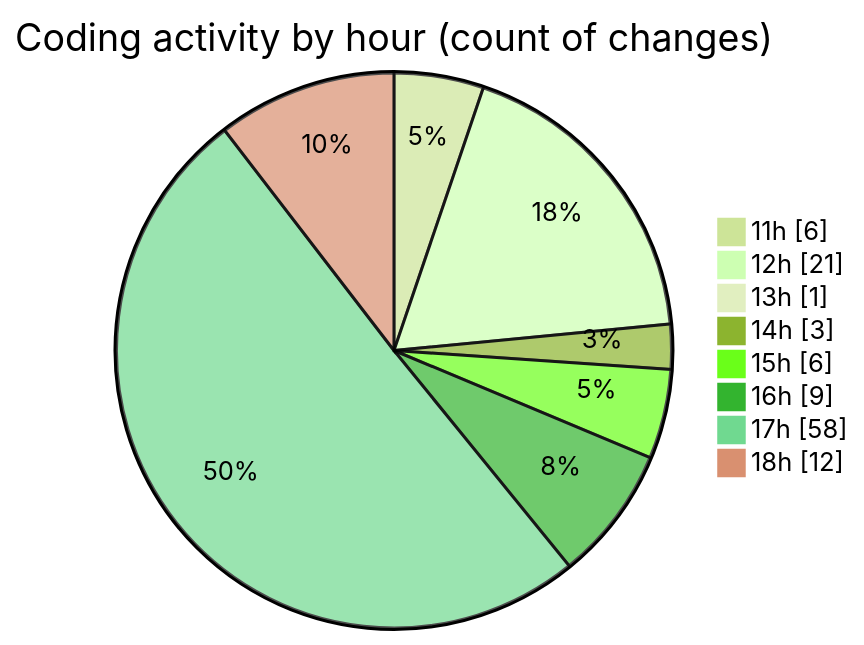
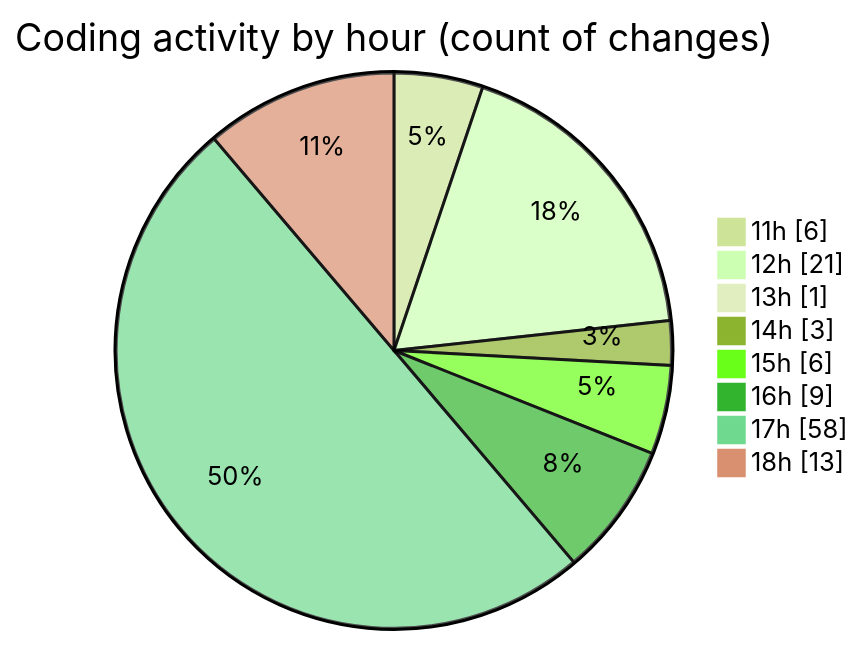
Before and after one commit to nxtqubesakshisongat/code-tracking: the second of 2 diagrams in 2025-04-16/nxtqube_webapp/README.md, drawn with Mermaid (forest theme). The commit also changed other lines of this file and 1 other file, not shown here.

````diff
--- a/2025-04-16/nxtqube_webapp/README.md
+++ b/2025-04-16/nxtqube_webapp/README.md
@@ -34,12 +34,12 @@
 ```mermaid
 pie showData
 title Coding activity by hour (count of changes)
 "11h" : 6
 "12h" : 21
 "13h" : 1
 "14h" : 3
 "15h" : 6
 "16h" : 9
 "17h" : 58
-"18h" : 12
+"18h" : 13
 ```
````
